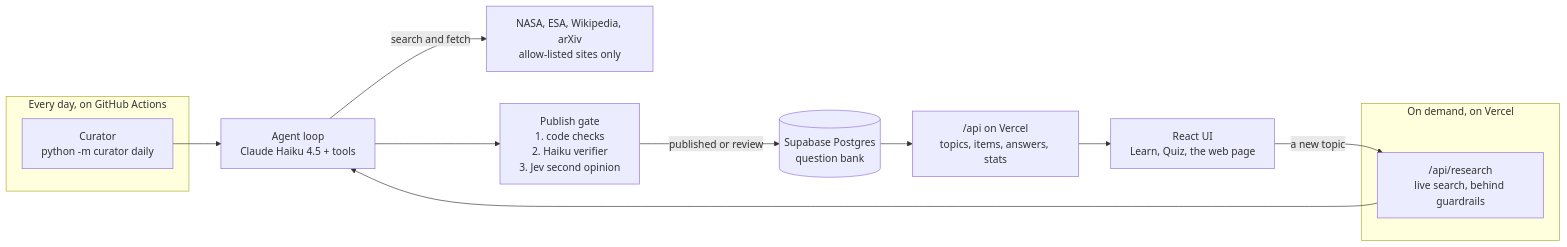
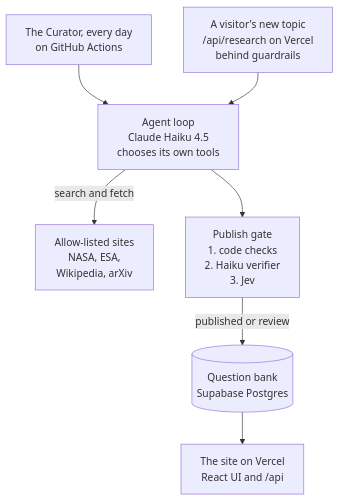
The diagram in README.md (radiculee/cosmic-quiz-agent), drawn with Mermaid before and after one commit. The commit also changed other lines of this file and 5 other files, not shown here.

````diff
--- a/README.md
+++ b/README.md
@@ -33,17 +43,9 @@
 ```mermaid
-flowchart LR
-    subgraph daily["Every day, on GitHub Actions"]
-        curator["Curator<br/>python -m curator daily"]
-    end
-    subgraph live["On demand, on Vercel"]
-        research["/api/research<br/>live search, behind guardrails"]
-    end
-    curator --> agent
-    research --> agent
-    agent["Agent loop<br/>Claude Haiku 4.5 + tools"] -- "search and fetch" --> sources["NASA, ESA, Wikipedia, arXiv<br/>allow-listed sites only"]
-    agent --> gate["Publish gate<br/>1. code checks<br/>2. Haiku verifier<br/>3. Jev second opinion"]
-    gate -- "published or review" --> bank[("Supabase Postgres<br/>question bank")]
-    bank --> api["/api on Vercel<br/>topics, items, answers, stats"]
-    api --> ui["React UI<br/>Learn, Quiz, the web page"]
-    ui -- "a new topic" --> research
+flowchart TB
+    curator["The Curator, every day<br/>on GitHub Actions"] --> agent
+    research["A visitor's new topic<br/>/api/research on Vercel<br/>behind guardrails"] --> agent
+    agent["Agent loop<br/>Claude Haiku 4.5<br/>chooses its own tools"] -- "search and fetch" --> sources["Allow-listed sites<br/>NASA, ESA,<br/>Wikipedia, arXiv"]
+    agent --> gate["Publish gate<br/>1. code checks<br/>2. Haiku verifier<br/>3. Jev"]
+    gate -- "published or review" --> bank[("Question bank<br/>Supabase Postgres")]
+    bank --> site["The site on Vercel<br/>React UI and /api"]
 ```
````
